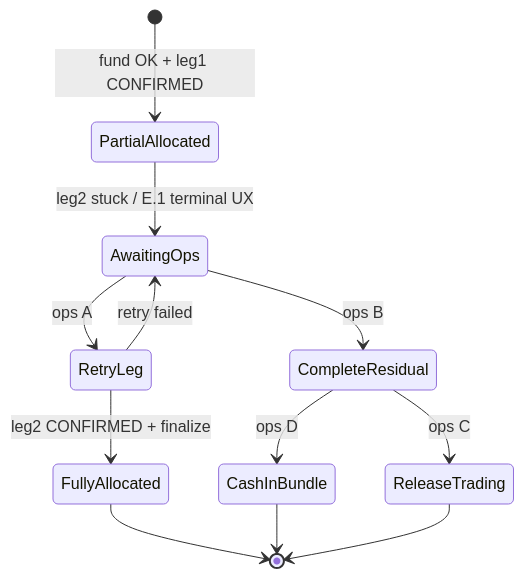
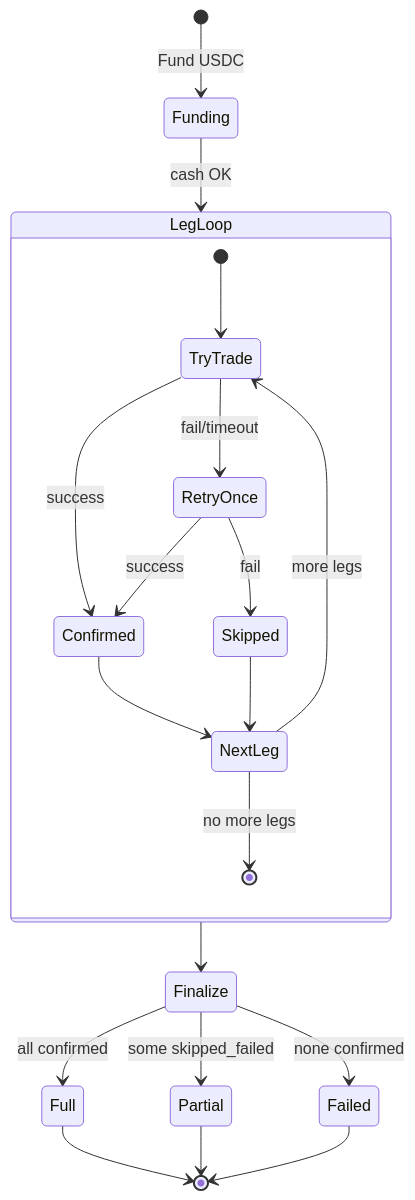
The second of 2 diagrams in docs/arquantix/R4.5-E.2_BUNDLE_PARTIAL_RECONCILIATION_SPEC.md (geniusga-vancelian/vancelian-app), drawn with Mermaid before and after one commit. The commit also changed other lines of this file, not shown here.

Commit message:
Clarify bundle invest orchestration doctrine

````diff
--- a/docs/arquantix/R4.5-E.2_BUNDLE_PARTIAL_RECONCILIATION_SPEC.md
+++ b/docs/arquantix/R4.5-E.2_BUNDLE_PARTIAL_RECONCILIATION_SPEC.md
@@ -195,14 +237,23 @@
 ```mermaid
 stateDiagram-v2
-  [*] --> PartialAllocated: fund OK + leg1 CONFIRMED
-  PartialAllocated --> AwaitingOps: leg2 stuck / E.1 terminal UX
-  AwaitingOps --> RetryLeg: ops A
-  AwaitingOps --> CompleteResidual: ops B
-  CompleteResidual --> CashInBundle: ops D
-  CompleteResidual --> ReleaseTrading: ops C
-  RetryLeg --> FullyAllocated: leg2 CONFIRMED + finalize
-  RetryLeg --> AwaitingOps: retry failed
-  FullyAllocated --> [*]
-  CashInBundle --> [*]
-  ReleaseTrading --> [*]
+  [*] --> Funding: Fund USDC
+  Funding --> LegLoop: cash OK
+  state LegLoop {
+    [*] --> TryTrade
+    TryTrade --> Confirmed: success
+    TryTrade --> RetryOnce: fail/timeout
+    RetryOnce --> Confirmed: success
+    RetryOnce --> Skipped: fail
+    Confirmed --> NextLeg
+    Skipped --> NextLeg
+    NextLeg --> TryTrade: more legs
+    NextLeg --> [*]: no more legs
+  }
+  LegLoop --> Finalize
+  Finalize --> Full: all confirmed
+  Finalize --> Partial: some skipped_failed
+  Finalize --> Failed: none confirmed
+  Full --> [*]
+  Partial --> [*]
+  Failed --> [*]
 ```
````
